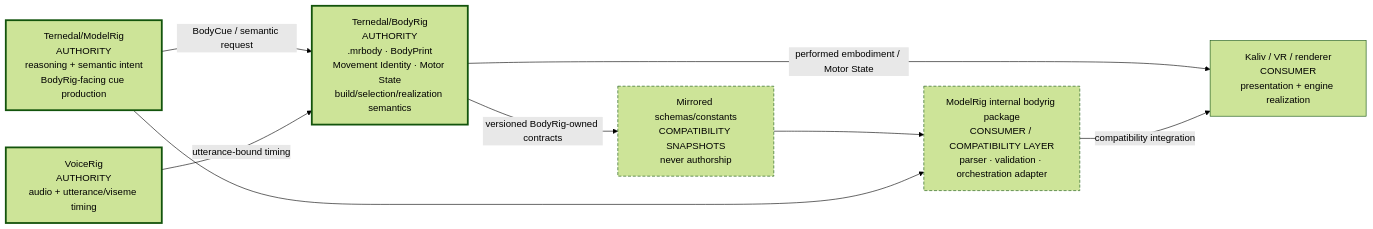
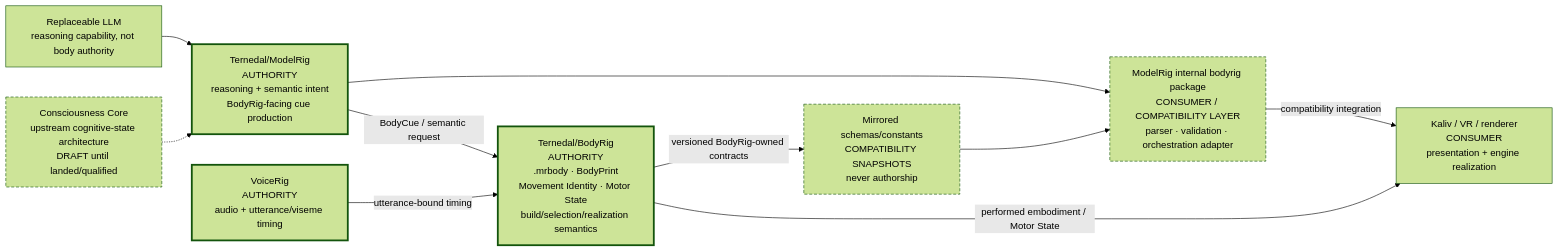
Before and after one commit to Ternedal/ModelRig: the diagram in docs/BODYRIG_AUTHORITY.md, drawn with Mermaid (forest theme). The commit also changed other lines of this file, not shown here.

Commit message:
docs: place BodyRig authority in the complete Kaliv architecture

````diff
--- a/docs/BODYRIG_AUTHORITY.md
+++ b/docs/BODYRIG_AUTHORITY.md
@@ -22,22 +26,26 @@
 ```mermaid
 flowchart LR
+    CC["Consciousness Core\nupstream cognitive-state architecture\nDRAFT until landed/qualified"]
+    LLM["Replaceable LLM\nreasoning capability, not body authority"]
     MR["Ternedal/ModelRig\nAUTHORITY\nreasoning + semantic intent\nBodyRig-facing cue production"]
     VR["VoiceRig\nAUTHORITY\naudio + utterance/viseme timing"]
     BR["Ternedal/BodyRig\nAUTHORITY\n.mrbody · BodyPrint\nMovement Identity · Motor State\nbuild/selection/realization semantics"]
     AD["ModelRig internal bodyrig package\nCONSUMER / COMPATIBILITY LAYER\nparser · validation · orchestration adapter"]
     KR["Kaliv / VR / renderer\nCONSUMER\npresentation + engine realization"]
     MIR["Mirrored schemas/constants\nCOMPATIBILITY SNAPSHOTS\nnever authorship"]
 
+    CC -.-> MR
+    LLM --> MR
     MR -->|BodyCue / semantic request| BR
     VR -->|utterance-bound timing| BR
     BR -->|performed embodiment / Motor State| KR
     BR -->|versioned BodyRig-owned contracts| MIR
     MIR --> AD
     MR --> AD
     AD -->|compatibility integration| KR
 
     classDef authority stroke-width:3px;
     class MR,VR,BR authority;
     classDef mirror stroke-dasharray:5 3;
-    class MIR,AD mirror;
+    class MIR,AD,CC mirror;
 ```
````
